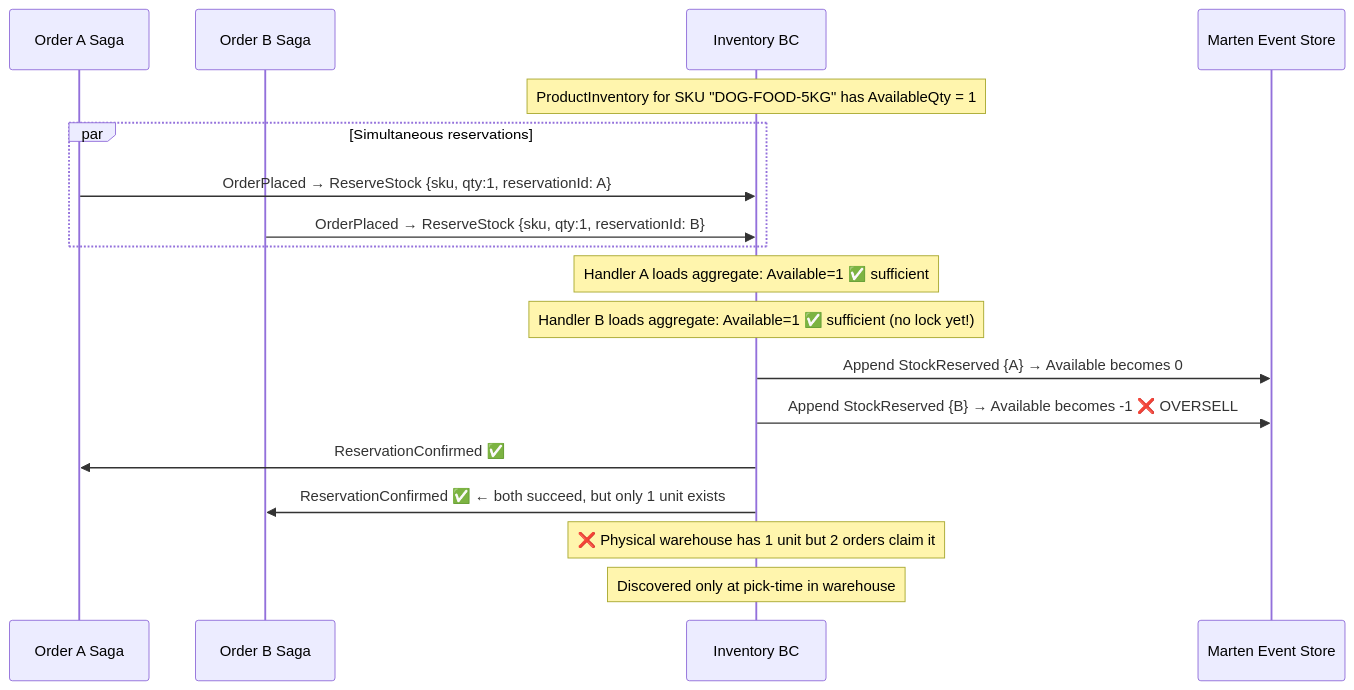
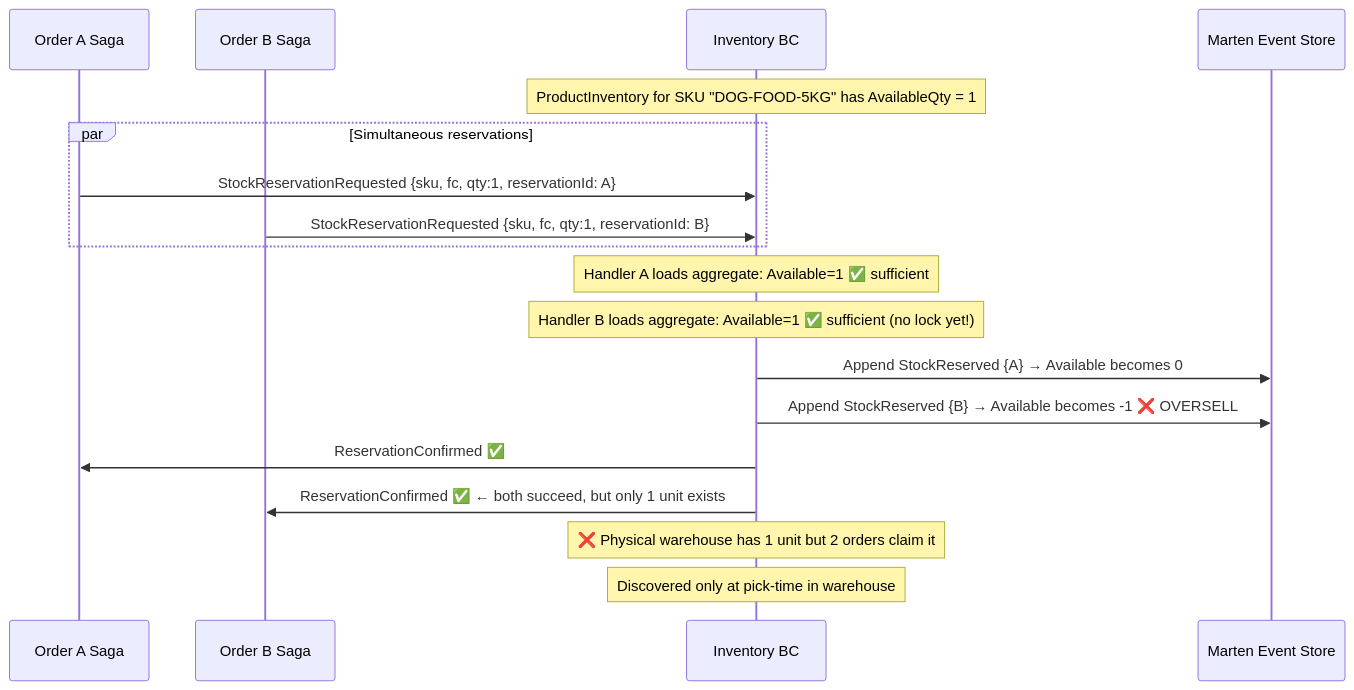
The fifth of 8 diagrams in src/Inventory/Inventory.Api/README.md (erikshafer/CritterSupply), drawn with Mermaid before and after one commit. The commit also changed other lines of this file and 5 other files, not shown here.

````diff
--- a/src/Inventory/Inventory.Api/README.md
+++ b/src/Inventory/Inventory.Api/README.md
@@ -190,26 +193,26 @@
 ```mermaid
 sequenceDiagram
     participant OrderA as Order A Saga
     participant OrderB as Order B Saga
     participant Inv as Inventory BC
     participant Marten as Marten Event Store
 
     Note over Inv: ProductInventory for SKU "DOG-FOOD-5KG" has AvailableQty = 1
 
     par Simultaneous reservations
-        OrderA->>Inv: OrderPlaced → ReserveStock {sku, qty:1, reservationId: A}
-        OrderB->>Inv: OrderPlaced → ReserveStock {sku, qty:1, reservationId: B}
+        OrderA->>Inv: StockReservationRequested {sku, fc, qty:1, reservationId: A}
+        OrderB->>Inv: StockReservationRequested {sku, fc, qty:1, reservationId: B}
     end
 
     Note over Inv: Handler A loads aggregate: Available=1 ✅ sufficient
     Note over Inv: Handler B loads aggregate: Available=1 ✅ sufficient (no lock yet!)
 
     Inv->>Marten: Append StockReserved {A} → Available becomes 0
     Inv->>Marten: Append StockReserved {B} → Available becomes -1 ❌ OVERSELL
 
     Inv->>OrderA: ReservationConfirmed ✅
     Inv->>OrderB: ReservationConfirmed ✅ ← both succeed, but only 1 unit exists
 
     Note over Inv: ❌ Physical warehouse has 1 unit but 2 orders claim it
     Note over Inv: Discovered only at pick-time in warehouse
 ```
````
